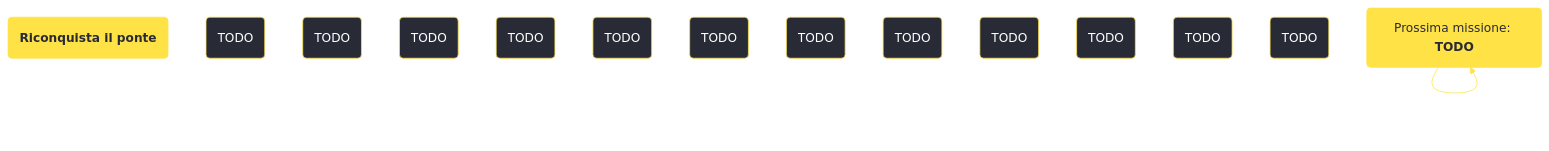
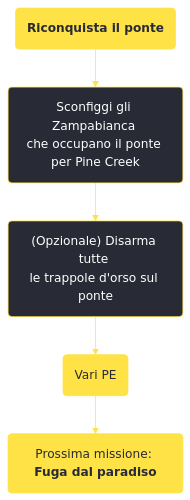
Before and after one commit to persy/wastelander: the diagram in content/voci/fallout new vegas/missioni/Riconquista il ponte.md, drawn with Mermaid. The commit also changed 174 other files, not shown here.

````diff
--- a/content/voci/fallout new vegas/missioni/Riconquista il ponte.md
+++ b/content/voci/fallout new vegas/missioni/Riconquista il ponte.md
@@ -32,24 +32,15 @@
 ```mermaid
 %%{init: {'theme': 'base', 'themeVariables': { 'primaryColor': '#282a36', 'primaryBorderColor': '#ffe245', 'primaryTextColor': '#fff', 'lineColor': '#ffe245', 'fontFamily': 'Jura'}}}%%
 graph TD;
     id1(<b>Riconquista il ponte</b>):::questfnv
-    id2(TODO)
-    id3(TODO)
-    id4(TODO)
-    id5(TODO)
-    id6(TODO)
-    id7(TODO) 
-    id8(TODO)
-    id9(TODO)
-    id10(TODO)
-    id11(TODO)
-    id12(TODO)
-    id13(TODO) 
-    id(TODO):::rewardfnv
-    id(Prossima missione: <b>TODO</b>):::questfnv
-    id-->id-->id-->id-->id-->id-->id
+    id2(Sconfiggi gli Zampabianca <br />che occupano il ponte <br />per Pine Creek)
+    id3("(Opzionale) Disarma tutte <br />le trappole d'orso sul ponte")
+    id4(Vari PE):::rewardfnv
+    id5(Prossima missione: <b>Fuga dal paradiso</b>):::questfnv
     
-    click id "../TODO"
+    id1-->id2-->id3-->id4-->id5
+    
+    click id "../fuga-dal-paradiso"
     classDef rewardfnv fill:#ffe245, stroke:#ffe245, color:#282a36;
     classDef questfnv fill:#ffe245, stroke:#ffe245, color:#282a36;
 ```
````
